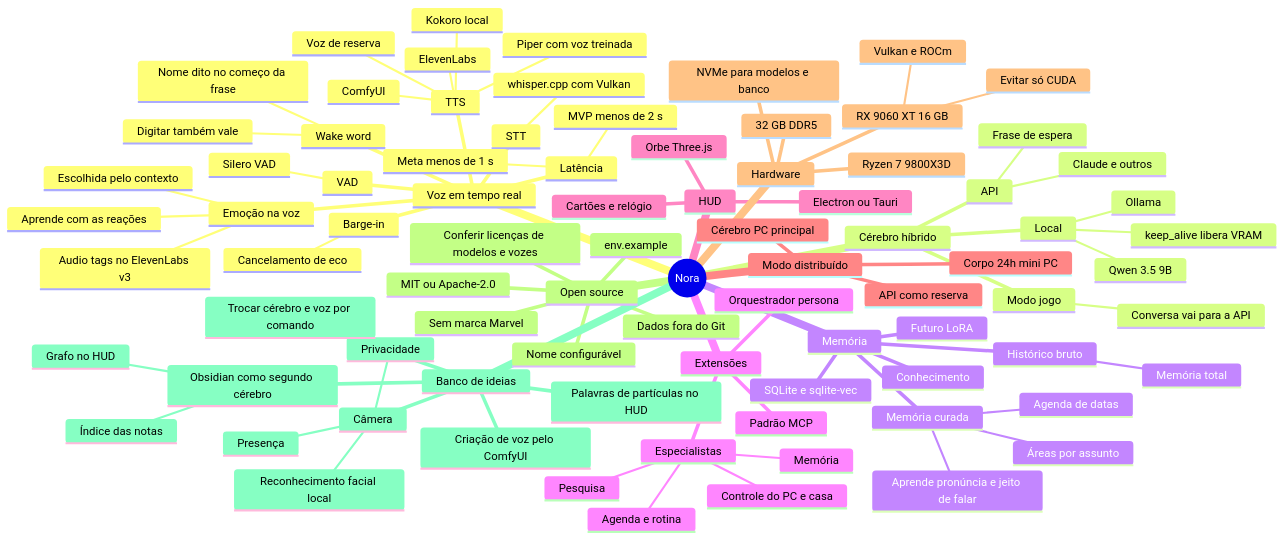
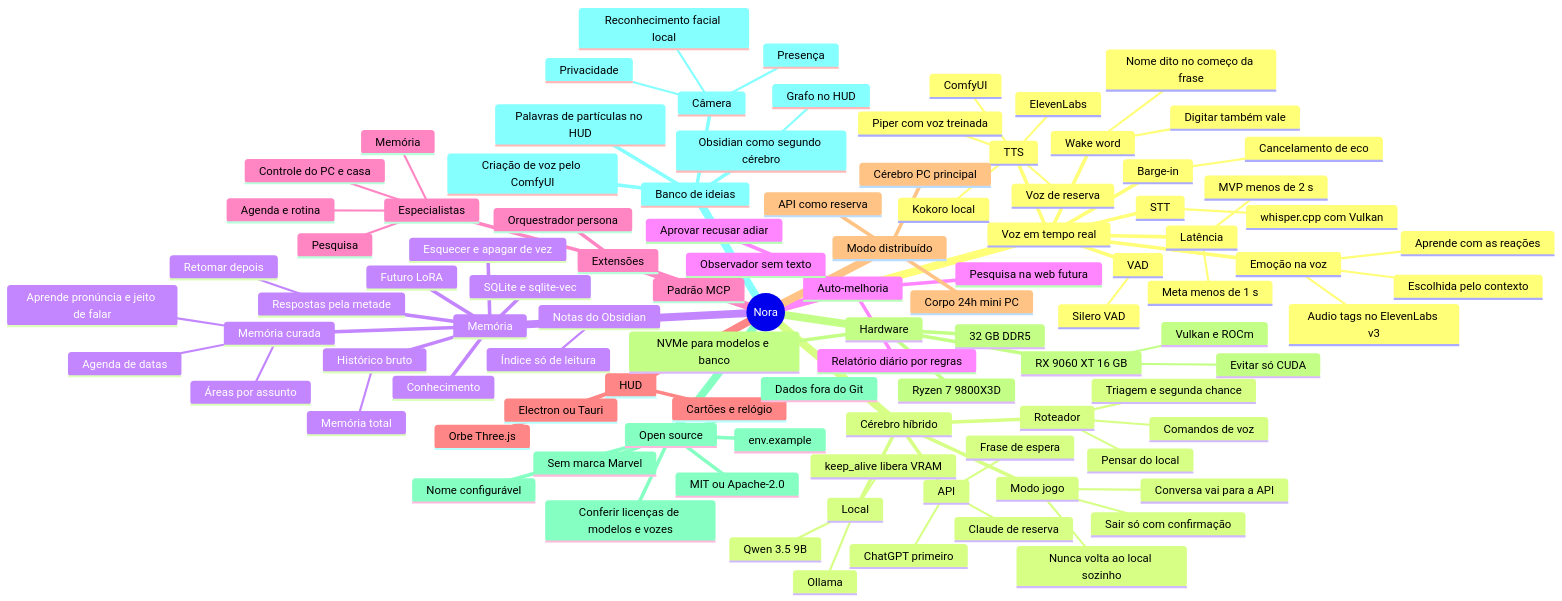
The first of 4 diagrams in docs/MAPA_MENTAL.md (Gabitoprof/Nora), drawn with Mermaid before and after one commit. The commit also changed other lines of this file and 11 other files, not shown here.

````diff
--- a/docs/MAPA_MENTAL.md
+++ b/docs/MAPA_MENTAL.md
@@ -45,11 +45,18 @@
         Ollama
         Qwen 3.5 9B
         keep_alive libera VRAM
+      Roteador
+        Triagem e segunda chance
+        Pensar do local
+        Comandos de voz
       API
-        Claude e outros
+        ChatGPT primeiro
+        Claude de reserva
         Frase de espera
       Modo jogo
         Conversa vai para a API
+        Sair só com confirmação
+        Nunca volta ao local sozinho
     Memória
       SQLite e sqlite-vec
       Histórico bruto
@@ -58,8 +65,18 @@
         Áreas por assunto
         Agenda de datas
         Aprende pronúncia e jeito de falar
+      Esquecer e apagar de vez
+      Respostas pela metade
+        Retomar depois
+      Notas do Obsidian
+        Índice só de leitura
       Conhecimento
       Futuro LoRA
+    Auto-melhoria
+      Observador sem texto
+      Relatório diário por regras
+      Aprovar recusar adiar
+      Pesquisa na web futura
     Extensões
       Padrão MCP
       Orquestrador persona
@@ -96,9 +113,7 @@
         Reconhecimento facial local
         Privacidade
       Obsidian como segundo cérebro
-        Índice das notas
         Grafo no HUD
-      Trocar cérebro e voz por comando
       Palavras de partículas no HUD
       Criação de voz pelo ComfyUI
 ```
````
